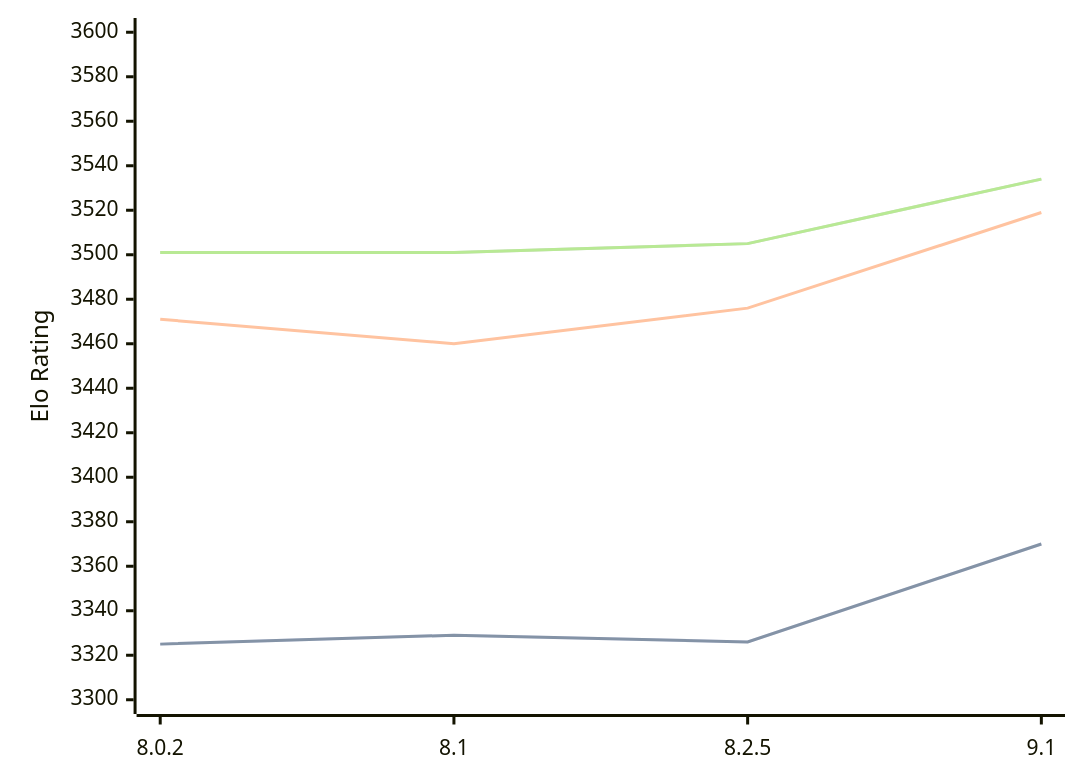
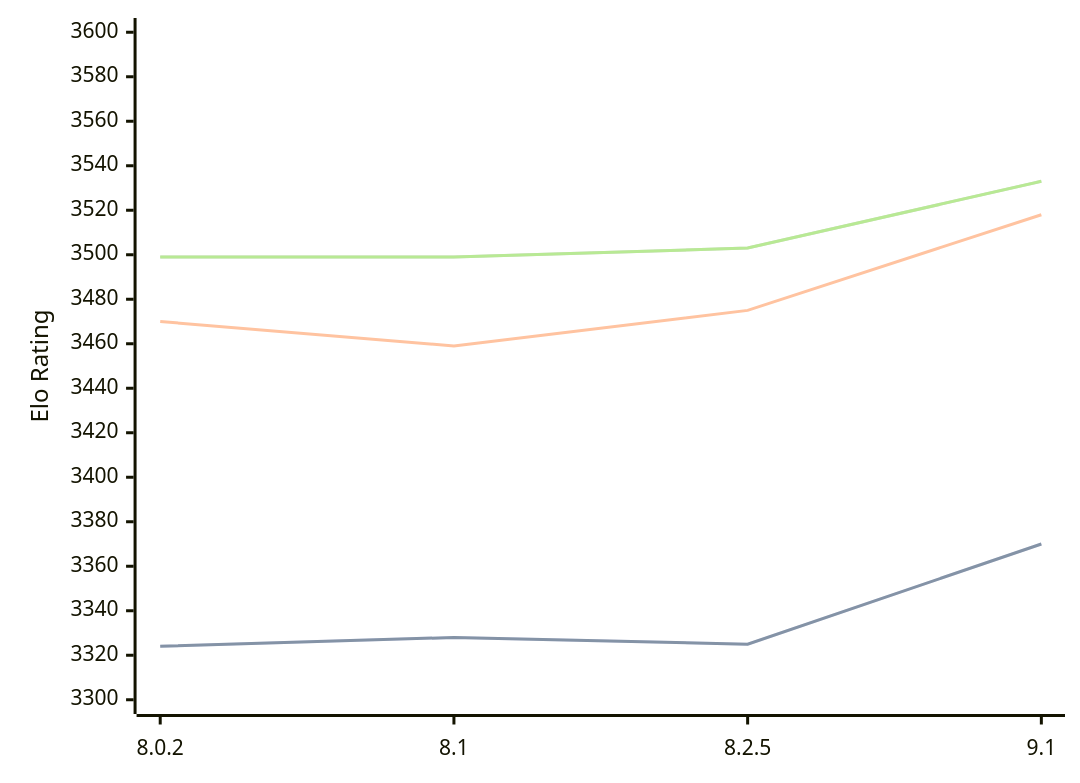
Before and after one commit to computer-chess-index/cci: the diagram in engines/Clover.md, drawn with Mermaid. The commit also changed other lines of this file, not shown here.

Commit message:
Update CCI Ratings (ELO VLTC) - 2026-06-07

````diff
--- a/engines/Clover.md
+++ b/engines/Clover.md
@@ -64,11 +64,11 @@
 ```mermaid
 %%{init: {"theme":"base","themeVariables":{"seriesColors:['#a3a3a3','#222221','#faa371']}}}%%
 xychart-beta
   x-axis ["8.0.2", "8.1", "8.2.5", "9.1"]
   y-axis "Elo Rating" 3300 --> 3600
-  line "STC (8.0+0.08s)" [3325, 3329, 3326, 3370]
-  line "STC (8.0+0.08s)" [3325, 3329, 3326, 3370]
-  line "LTC (60.0+0.60s)" [3471, 3460, 3476, 3519]
-  line "VLTC (2m24s+1.12s)" [3501, 3501, 3505, 3534]
-  line "VLTC (2m24s+1.12s)" [3501, 3501, 3505, 3534]
+  line "STC (8.0+0.08s)" [3324, 3328, 3325, 3370]
+  line "STC (8.0+0.08s)" [3324, 3328, 3325, 3370]
+  line "LTC (60.0+0.60s)" [3470, 3459, 3475, 3518]
+  line "VLTC (2m24s+1.12s)" [3499, 3499, 3503, 3533]
+  line "VLTC (2m24s+1.12s)" [3499, 3499, 3503, 3533]
 ```
````
